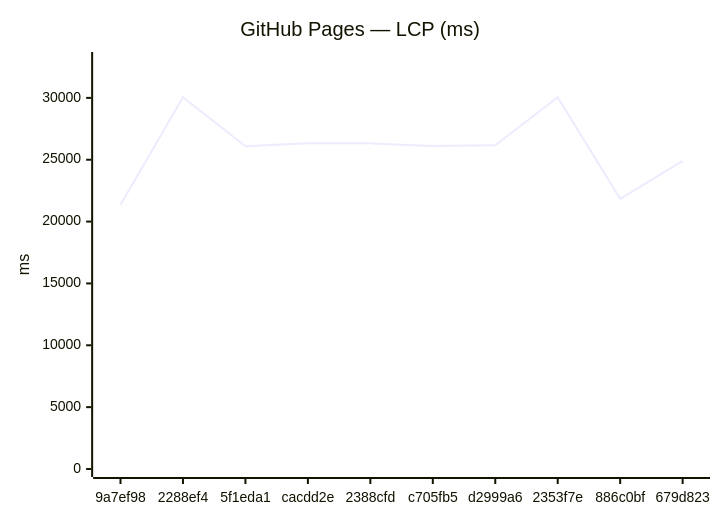
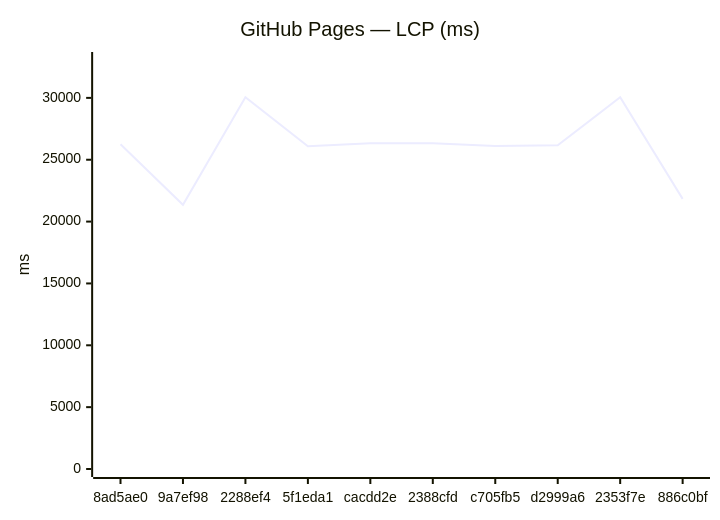
The third of 12 diagrams in benchmarks/compare.md (Metaheurist/Rianell), drawn with Mermaid before and after one commit. The commit also changed other lines of this file and 8 other files, not shown here.

````diff
--- a/benchmarks/compare.md
+++ b/benchmarks/compare.md
@@ -54,7 +54,7 @@
 ```mermaid
 xychart-beta
     title "GitHub Pages — LCP (ms)"
-    x-axis ["9a7ef98", "2288ef4", "5f1eda1", "cacdd2e", "2388cfd", "c705fb5", "d2999a6", "2353f7e", "886c0bf", "679d823"]
+    x-axis ["8ad5ae0", "9a7ef98", "2288ef4", "5f1eda1", "cacdd2e", "2388cfd", "c705fb5", "d2999a6", "2353f7e", "886c0bf"]
     y-axis "ms" 0 --> 33062
-    line [21355, 30056, 26085, 26327, 26326, 26120, 26164, 30047, 21835, 24900]
+    line [26251, 21355, 30056, 26085, 26327, 26326, 26120, 26164, 30047, 21835]
 ```
````
